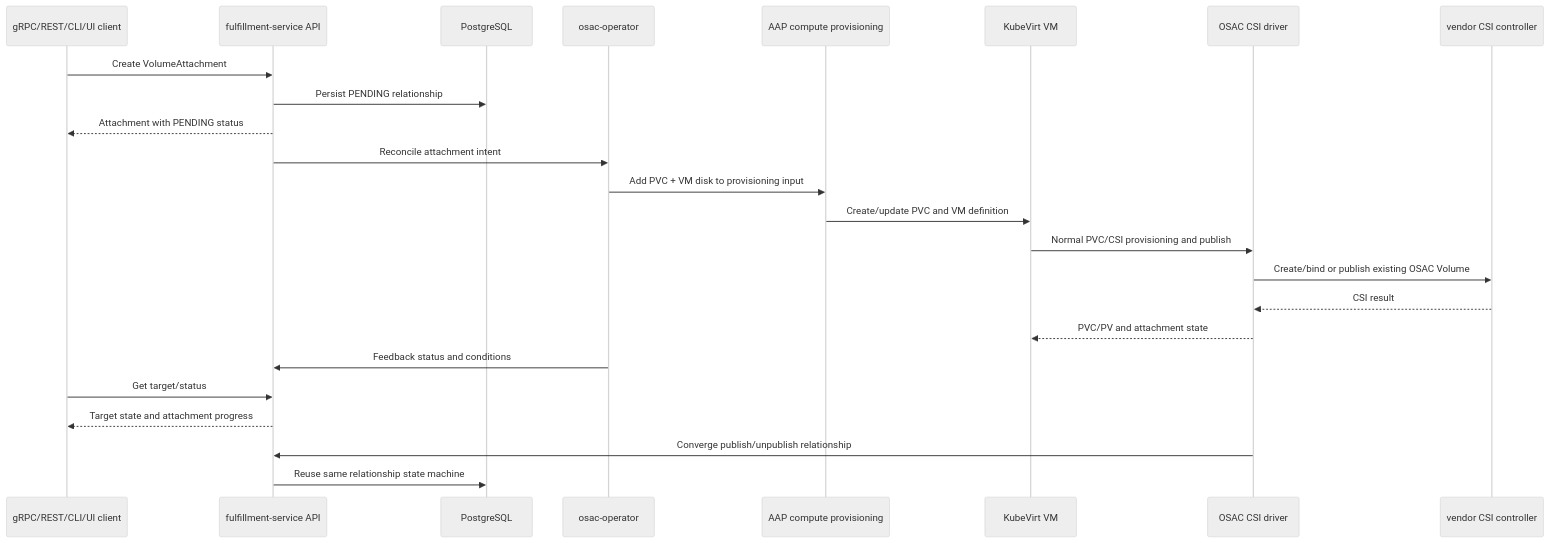
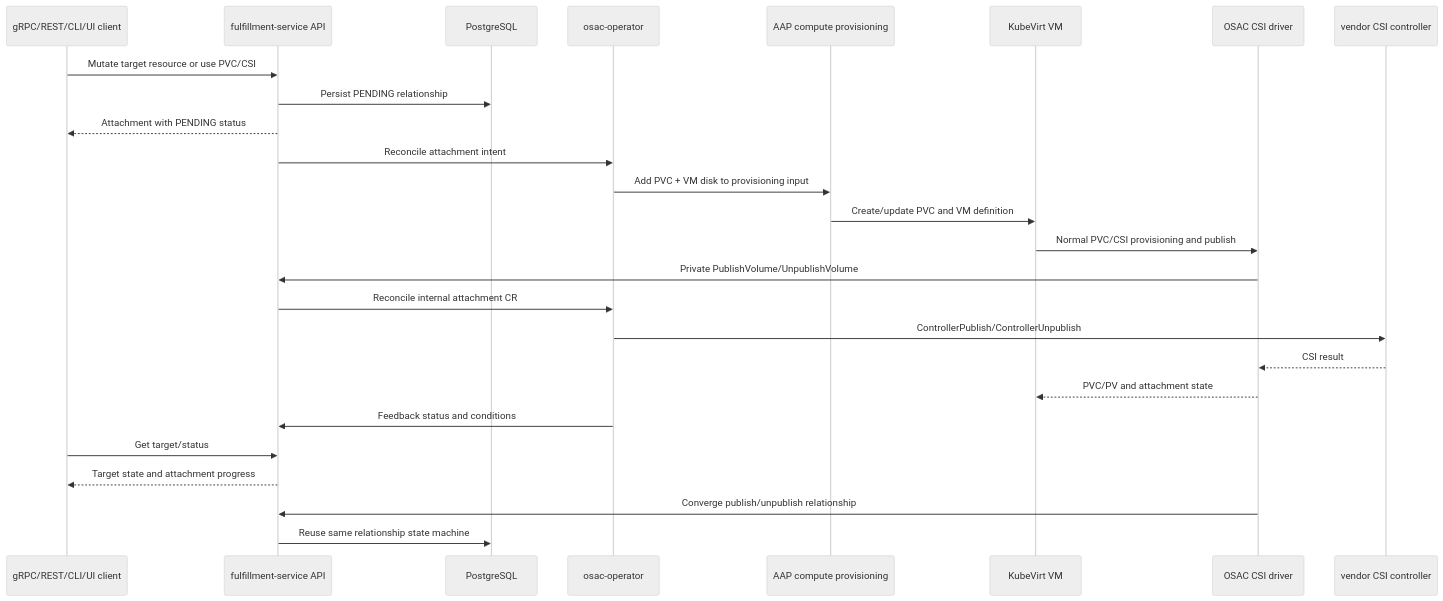
One commit to osac-project/enhancement-proposals changed the diagram in enhancements/OSAC-4884-volume-api-storage-attach-detach/design.md. Above: the diagram before and after it, drawn with Mermaid (neutral theme). The commit also changed other lines of this file, not shown here.

Commit message:
OSAC-4884: define internal target attachment contract

````diff
--- a/enhancements/OSAC-4884-volume-api-storage-attach-detach/design.md
+++ b/enhancements/OSAC-4884-volume-api-storage-attach-detach/design.md
@@ -100,27 +100,29 @@
 ```mermaid
 sequenceDiagram
     participant Client as gRPC/REST/CLI/UI client
     participant API as fulfillment-service API
     participant DB as PostgreSQL
     participant Operator as osac-operator
     participant AAP as AAP compute provisioning
     participant KubeVirt as KubeVirt VM
     participant CSI as OSAC CSI driver
     participant Vendor as vendor CSI controller
 
-    Client->>API: Create VolumeAttachment
+    Client->>API: Mutate target resource or use PVC/CSI
     API->>DB: Persist PENDING relationship
     API-->>Client: Attachment with PENDING status
     API->>Operator: Reconcile attachment intent
     Operator->>AAP: Add PVC + VM disk to provisioning input
     AAP->>KubeVirt: Create/update PVC and VM definition
     KubeVirt->>CSI: Normal PVC/CSI provisioning and publish
-    CSI->>Vendor: Create/bind or publish existing OSAC Volume
+    CSI->>API: Private PublishVolume/UnpublishVolume
+    API->>Operator: Reconcile internal attachment CR
+    Operator->>Vendor: ControllerPublish/ControllerUnpublish
     Vendor-->>CSI: CSI result
     CSI-->>KubeVirt: PVC/PV and attachment state
     Operator->>API: Feedback status and conditions
     Client->>API: Get target/status
     API-->>Client: Target state and attachment progress
     CSI->>API: Converge publish/unpublish relationship
     API->>DB: Reuse same relationship state machine
 ```
````
